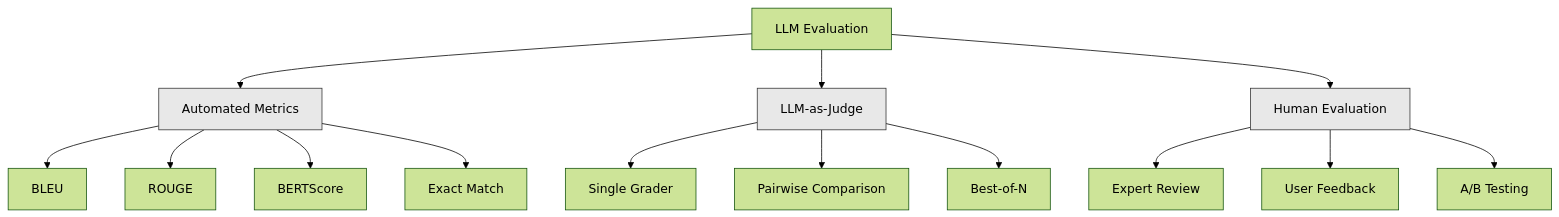
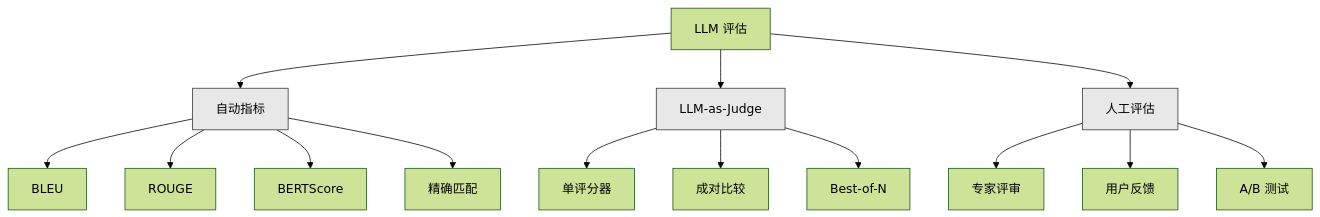
One commit to alessandrodinisio-ai/ai-engineering-learning-framework changed the first of 2 diagrams in phases/11-llm-engineering/10-evaluation/docs/zh.md. Above: the diagram before and after it, drawn with Mermaid (forest theme). The commit also changed other lines of this file and 120 other files, not shown here.

First line of the commit message:
i18n(mermaid): 337 个 mermaid 图表标签中文化

````diff
--- a/phases/11-llm-engineering/10-evaluation/docs/zh.md
+++ b/phases/11-llm-engineering/10-evaluation/docs/zh.md
@@ -36,23 +36,23 @@
 ```mermaid
 graph TD
-    E[LLM Evaluation] --> A[Automated Metrics]
+    E[LLM 评估] --> A[自动指标]
     E --> L[LLM-as-Judge]
-    E --> H[Human Evaluation]
+    E --> H[人工评估]
 
     A --> A1[BLEU]
     A --> A2[ROUGE]
     A --> A3[BERTScore]
-    A --> A4[Exact Match]
+    A --> A4[精确匹配]
 
-    L --> L1[Single Grader]
-    L --> L2[Pairwise Comparison]
+    L --> L1[单评分器]
+    L --> L2[成对比较]
     L --> L3[Best-of-N]
 
-    H --> H1[Expert Review]
-    H --> H2[User Feedback]
-    H --> H3[A/B Testing]
+    H --> H1[专家评审]
+    H --> H2[用户反馈]
+    H --> H3[A/B 测试]
 
     style A fill:#e8e8e8,stroke:#333
     style L fill:#e8e8e8,stroke:#333
     style H fill:#e8e8e8,stroke:#333
 ```
````
